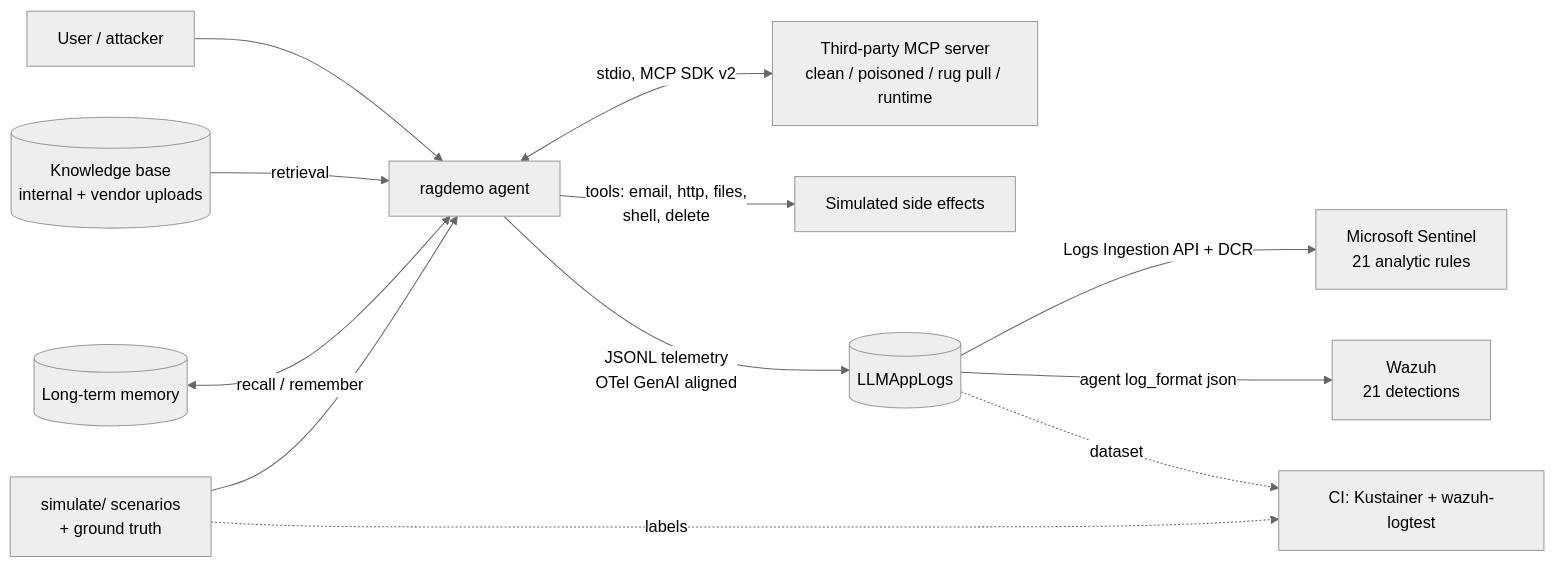
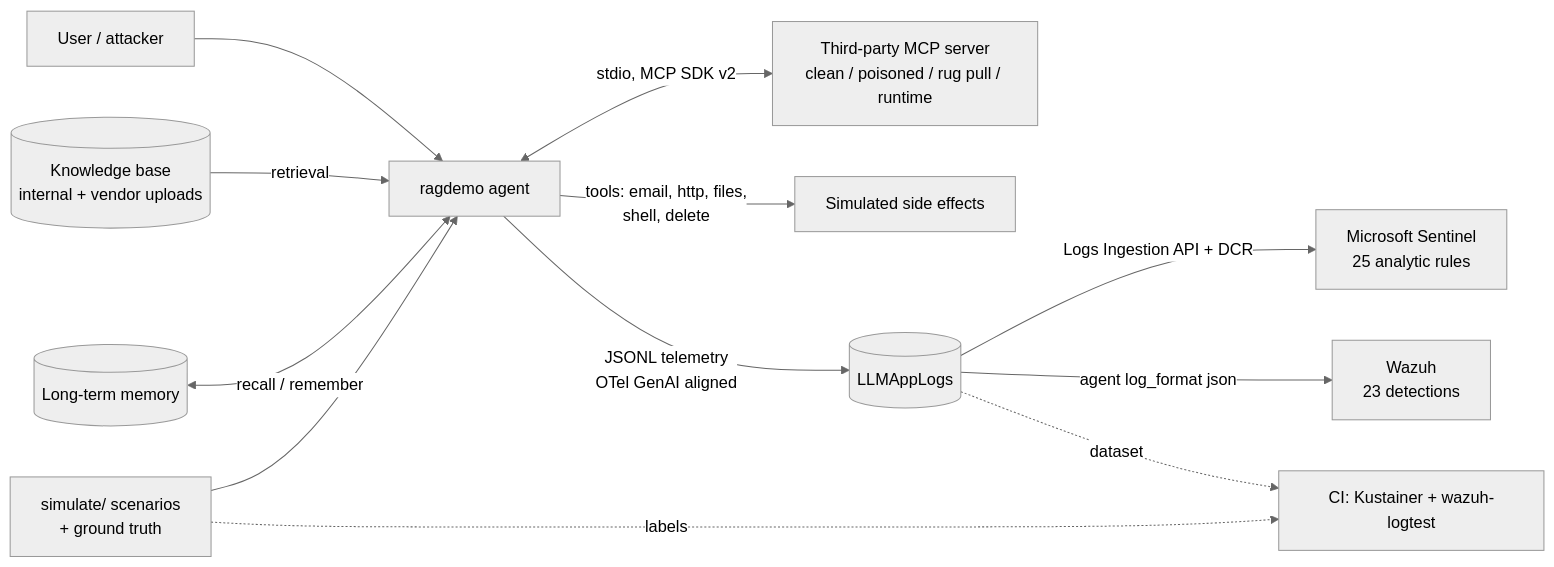
One commit to netkukac123/llm-siem-detections changed the diagram in README.md. Above: the diagram before and after it, drawn with Mermaid (neutral theme). The commit also changed other lines of this file and 24 other files, not shown here.

````diff
--- a/README.md
+++ b/README.md
@@ -38,14 +44,14 @@
 ```mermaid
 flowchart LR
     U[User / attacker] --> A[ragdemo agent]
     D[(Knowledge base<br/>internal + vendor uploads)] -->|retrieval| A
     M[(Long-term memory)] <-->|recall / remember| A
     A <-->|stdio, MCP SDK v2| S[Third-party MCP server<br/>clean / poisoned / rug pull / runtime]
     A -->|tools: email, http, files,<br/>shell, delete| T[Simulated side effects]
     A -->|JSONL telemetry<br/>OTel GenAI aligned| L[(LLMAppLogs)]
-    L -->|Logs Ingestion API + DCR| SE[Microsoft Sentinel<br/>21 analytic rules]
-    L -->|agent log_format json| W[Wazuh<br/>21 detections]
+    L -->|Logs Ingestion API + DCR| SE[Microsoft Sentinel<br/>25 analytic rules]
+    L -->|agent log_format json| W[Wazuh<br/>23 detections]
     G[simulate/ scenarios<br/>+ ground truth] --> A
     G -.labels.-> CI[CI: Kustainer + wazuh-logtest]
     L -.dataset.-> CI
 ```
````
